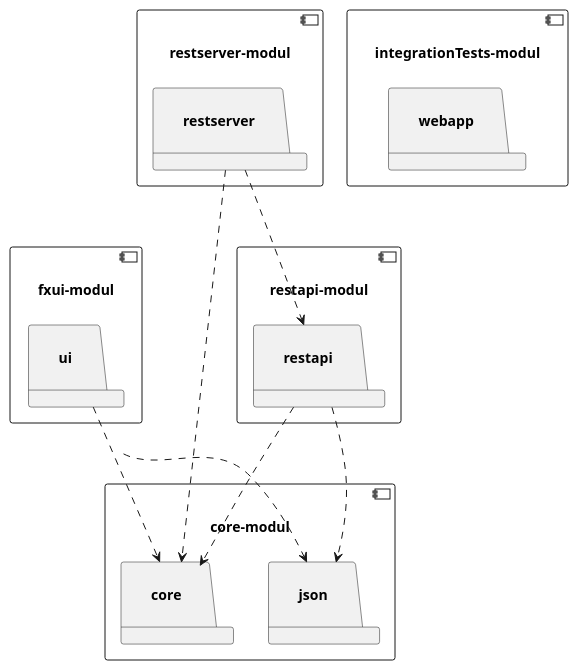
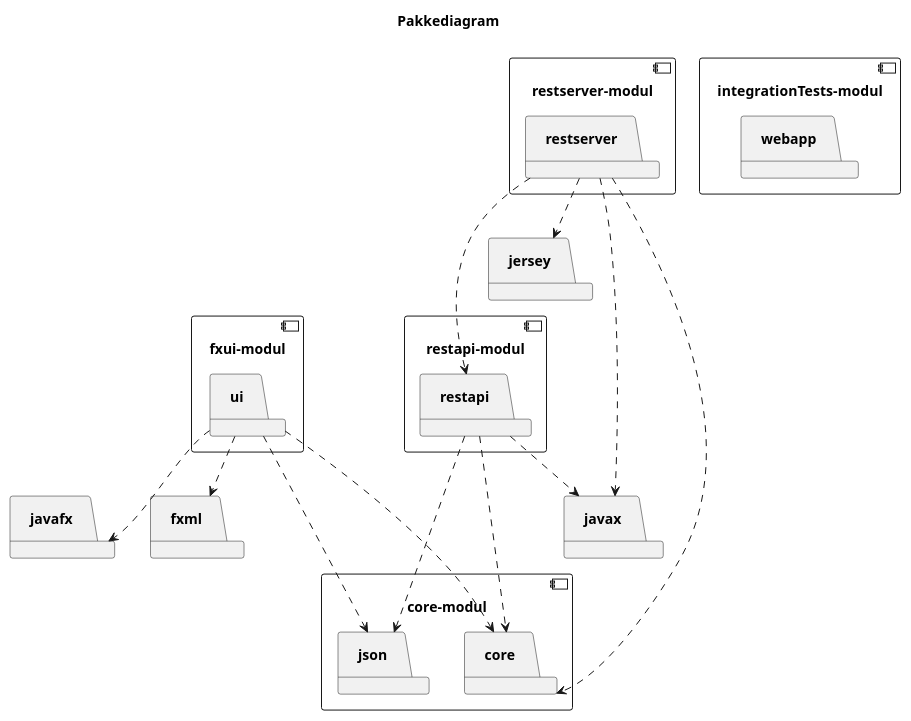
Before and after one commit to jarlsondre/TrainingLogger: the second of 2 diagrams in trainingLogger/README.md, drawn with PlantUML.

Commit message:
Utvidet pakkediagrammet litt.

````diff
--- a/trainingLogger/README.md
+++ b/trainingLogger/README.md
@@ -190,40 +190,50 @@
 ```plantuml 
 
-skinparam Padding 20
+Title Pakkediagram
+
+skinparam Padding 10
 
     
 component "core-modul" {
     package core
     package json
 }
 
 component "fxui-modul" {
   package ui
 }
 
 component "integrationTests-modul" {
   package webapp
 }
 
 component "restapi-modul" {
   package restapi
 }
 
 component "restserver-modul" {
     package restserver
   
 }
 
+package "javafx" 
+package "fxml"
+package "javax"
+package "jersey"
+
 
 restserver ...> restapi
 restserver ...> core
 restapi ...> core
 restapi ...> json
 ui ...> core
 ui ...> json
 
-
-
+ui ..> javafx
+ui ..> fxml
+restserver ..> jersey 
+restserver ..> javax
+restapi ..> javax
 
 
 ```
````
